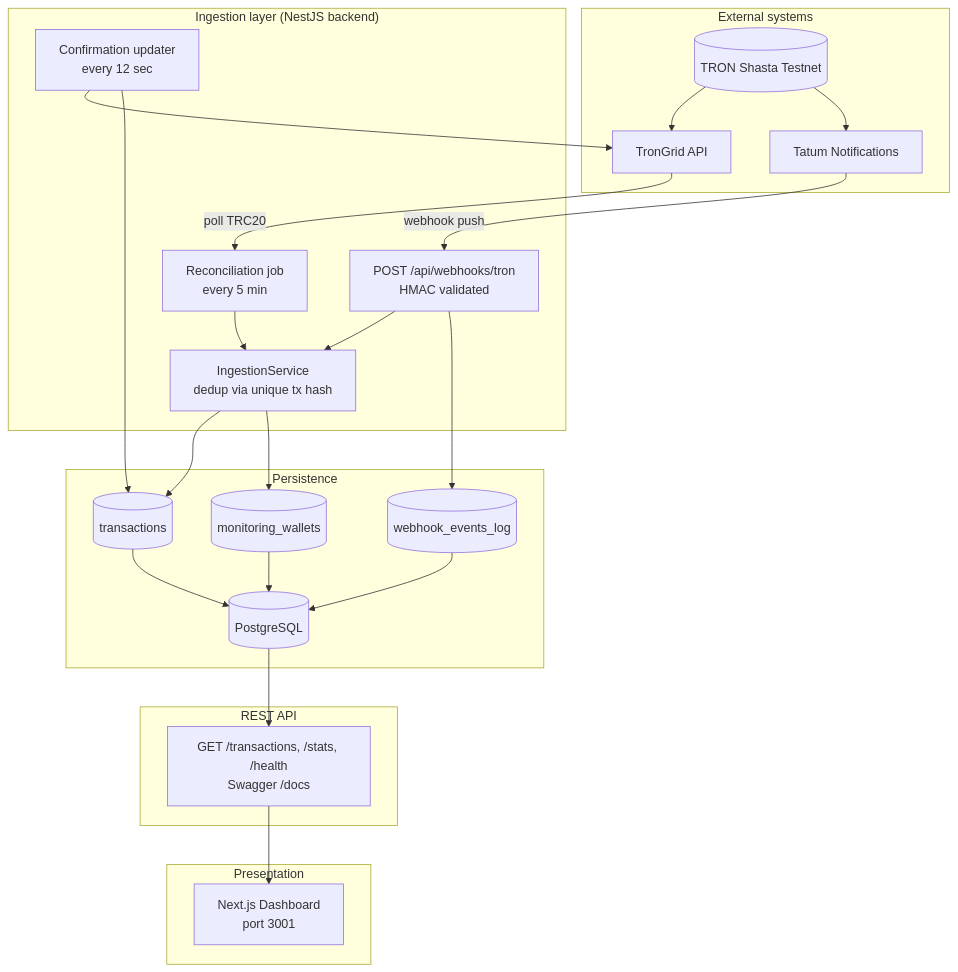
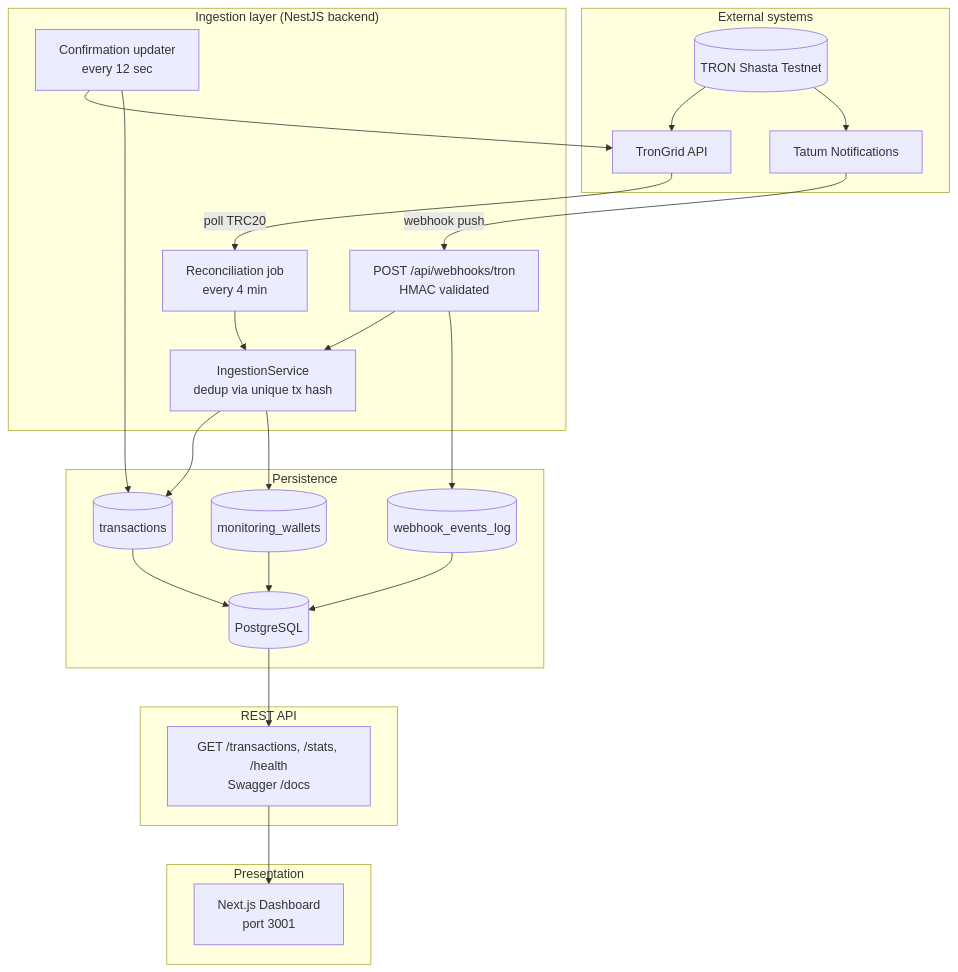
Before and after one commit to Arisangaroger/Settlement-monitoring-service-USDT-Tron-: the first of 3 diagrams in docs/architecture.md, drawn with Mermaid. The commit also changed other lines of this file and 11 other files, not shown here.

````diff
--- a/docs/architecture.md
+++ b/docs/architecture.md
@@ -11,52 +11,52 @@
 ```mermaid
 flowchart TB
     subgraph External["External systems"]
         TRON[(TRON Shasta Testnet)]
         TATUM[Tatum Notifications]
         TRONGRID[TronGrid API]
     end
 
     subgraph Ingestion["Ingestion layer (NestJS backend)"]
         WH["POST /api/webhooks/tron<br/>HMAC validated"]
-        RECON["Reconciliation job<br/>every 5 min"]
+        RECON["Reconciliation job<br/>every 4 min"]
         CONF["Confirmation updater<br/>every 12 sec"]
         ING["IngestionService<br/>dedup via unique tx hash"]
     end
 
     subgraph Storage["Persistence"]
         PG[(PostgreSQL)]
         MW[(monitoring_wallets)]
         TX[(transactions)]
         LOG[(webhook_events_log)]
     end
 
     subgraph API["REST API"]
         REST["GET /transactions, /stats, /health<br/>Swagger /docs"]
     end
 
     subgraph UI["Presentation"]
         DASH["Next.js Dashboard<br/>port 3001"]
     end
 
     TRON --> TRONGRID
     TRON --> TATUM
 
     TATUM -->|webhook push| WH
     TRONGRID -->|poll TRC20| RECON
 
     WH --> ING
     RECON --> ING
     CONF --> TRONGRID
     CONF --> TX
 
     ING --> TX
     ING --> MW
     WH --> LOG
 
     TX --> PG
     MW --> PG
     LOG --> PG
 
     PG --> REST
     REST --> DASH
 ```
````
